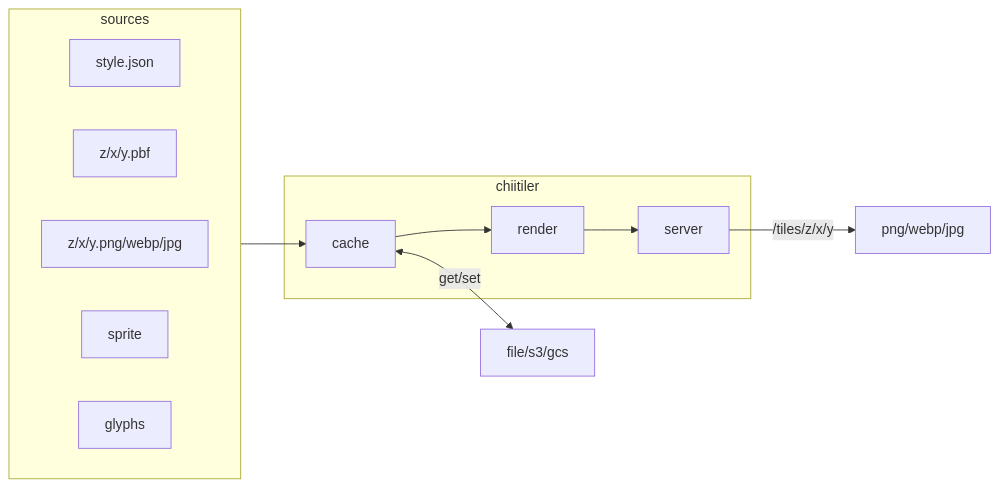
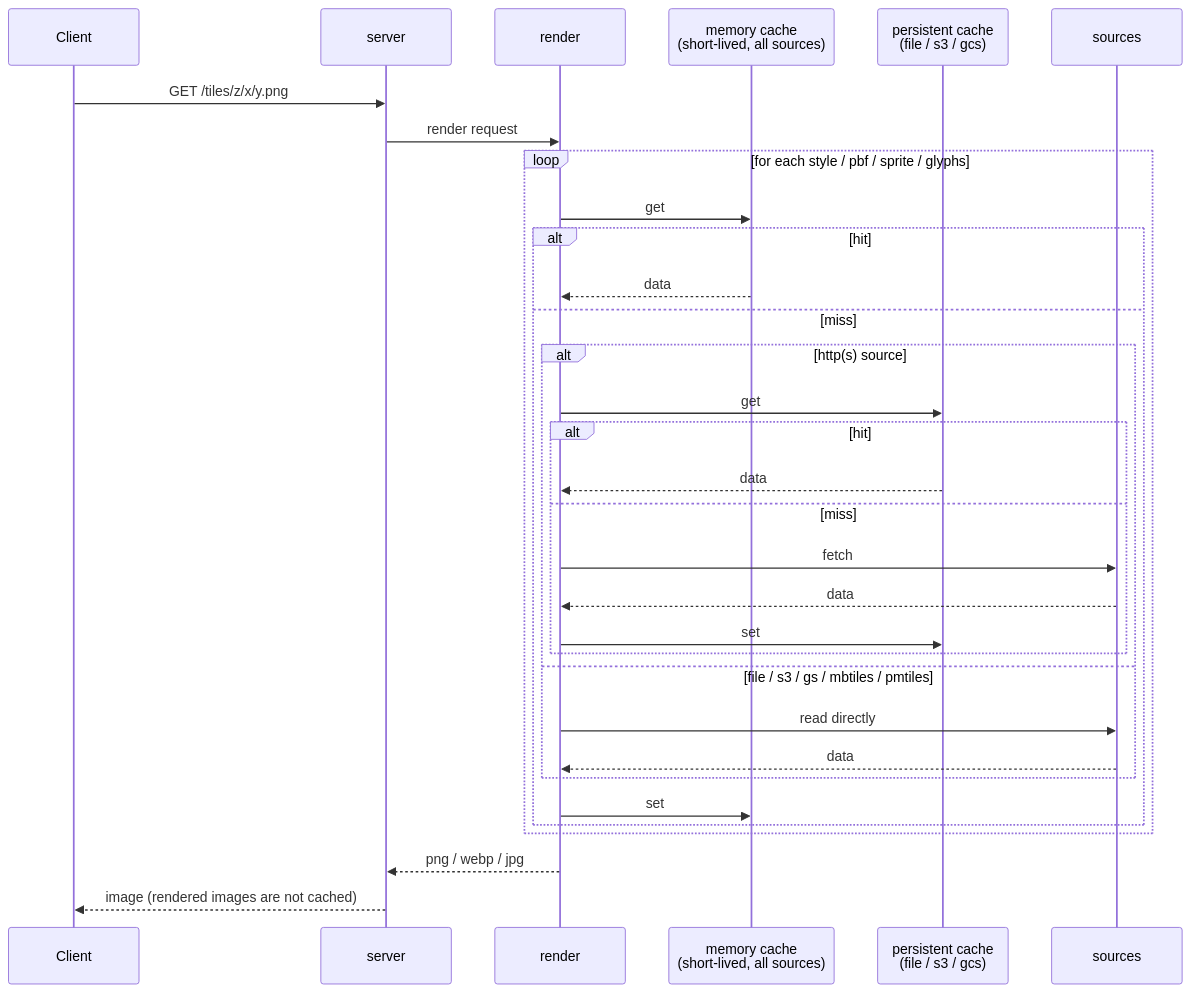
Before and after one commit to Kanahiro/chiitiler: the diagram in README.md, drawn with Mermaid.

Commit message:
docs: replace architecture diagram with a sequence diagram
The old flowchart read as a one-way pipeline and did not say what the
cache stores. The sequence diagram shows the request-driven flow, that
the cache holds source data (not rendered images), and that only
http(s) sources go to the persistent cache.

Claude-Session: https://claude.ai/code/session_01SYCBxotERNoHamd6QdBFo3

````diff
--- a/README.md
+++ b/README.md
@@ -526,20 +526,35 @@
 ```mermaid
-graph LR
-    subgraph sources
-        direction LR
-        A[style.json]
-        B[z/x/y.pbf]
-        C[z/x/y.png/webp/jpg]
-        D[sprite]
-        E[glyphs]
+sequenceDiagram
+    participant C as Client
+    participant S as server
+    participant R as render
+    participant M as memory cache<br/>(short-lived, all sources)
+    participant B as persistent cache<br/>(file / s3 / gcs)
+    participant O as sources
+
+    C->>S: GET /tiles/z/x/y.png
+    S->>R: render request
+    loop for each style / pbf / sprite / glyphs
+        R->>M: get
+        alt hit
+            M-->>R: data
+        else miss
+            alt http(s) source
+                R->>B: get
+                alt hit
+                    B-->>R: data
+                else miss
+                    R->>O: fetch
+                    O-->>R: data
+                    R->>B: set
+                end
+            else file / s3 / gs / mbtiles / pmtiles
+                R->>O: read directly
+                O-->>R: data
+            end
+            R->>M: set
+        end
     end
-
-    subgraph chiitiler
-        cache
-        render
-        server
-    end
-
-    sources --> cache --> render --> server --/tiles/z/x/y--> png/webp/jpg
-    cache <--get/set--> file/s3/gcs
+    R-->>S: png / webp / jpg
+    S-->>C: image (rendered images are not cached)
 ```
````
